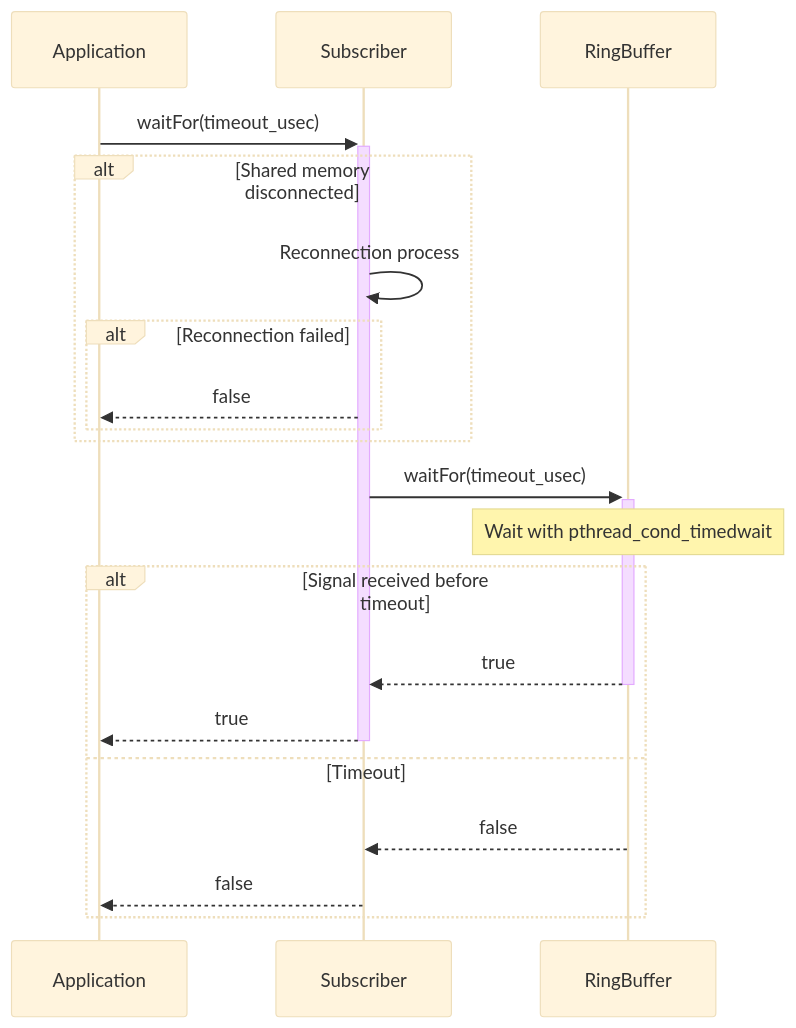
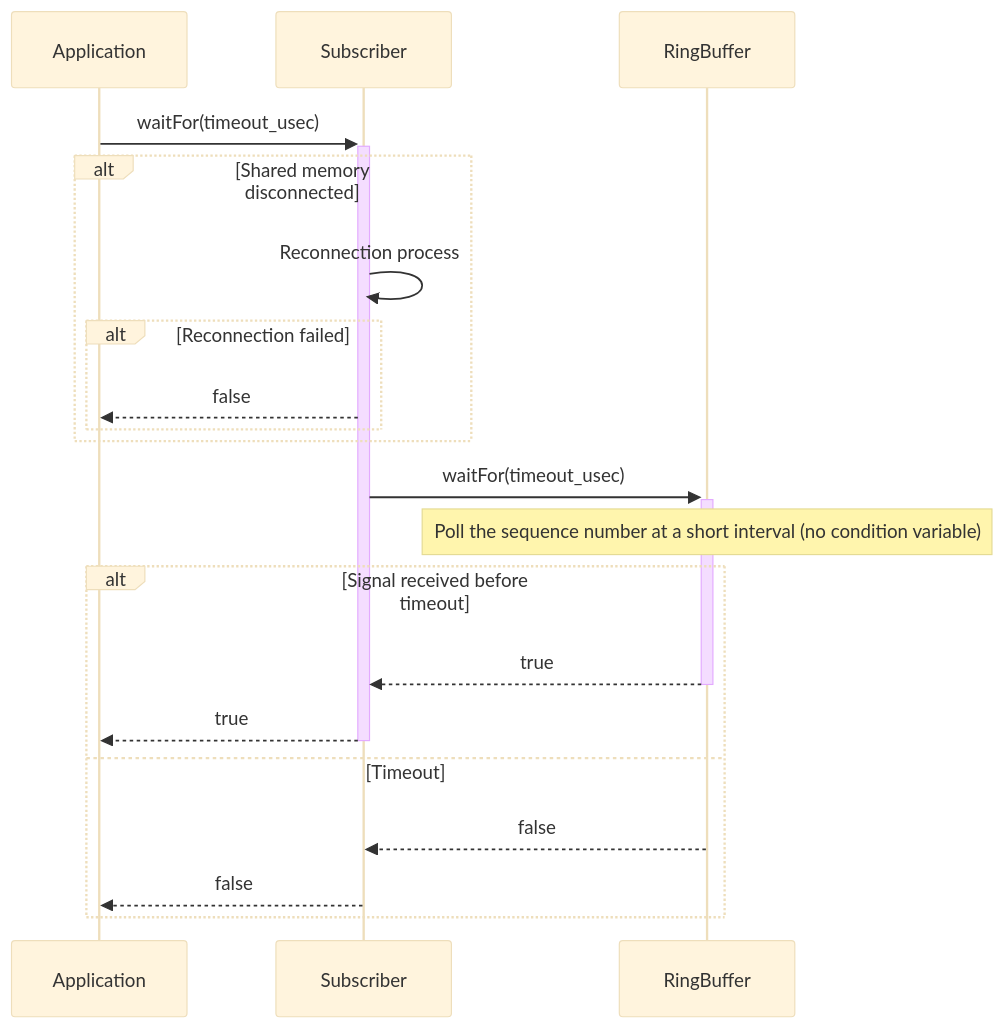
Before and after one commit to REACT-ROBOT/shared-memory-based-handy-communication-manager: the seventh of 13 diagrams in manual/spec_en.md, drawn with Mermaid (base theme). The commit also changed other lines of this file and 4 other files, not shown here.

```diff
--- a/manual/spec_en.md
+++ b/manual/spec_en.md
@@ -364,26 +349,26 @@
 <div class="mermaid">
 sequenceDiagram
     participant App as Application
     participant Sub as Subscriber
     participant RB as RingBuffer
     
     App->>+Sub: waitFor(timeout_usec)
     
     alt Shared memory disconnected
         Sub->>Sub: Reconnection process
         alt Reconnection failed
             Sub-->>App: false
         end
     end
     
     Sub->>+RB: waitFor(timeout_usec)
-    Note over RB: Wait with pthread_cond_timedwait
+    Note over RB: Poll the sequence number at a short interval (no condition variable)
     
     alt Signal received before timeout
         RB-->>-Sub: true
         Sub-->>-App: true
     else Timeout
         RB-->>Sub: false
         Sub-->>App: false
     end
 </div>
```
